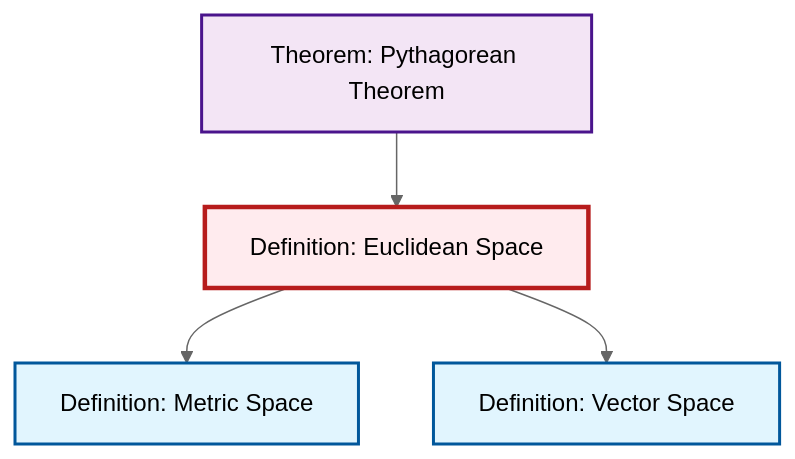
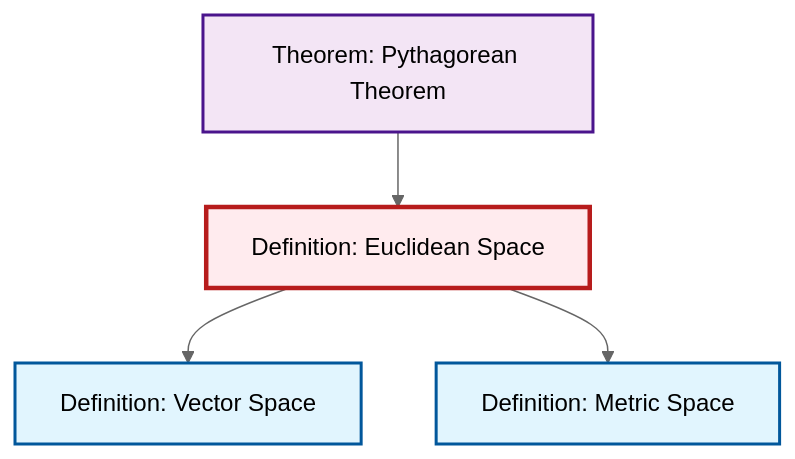
The second of 2 diagrams in content/ja/geometry/def-euclidean-space.qmd (RK0429/ModernMath), drawn with Mermaid (neutral theme) before and after one commit. The commit also changed other lines of this file and 531 other files, not shown here.

````diff
--- a/content/ja/geometry/def-euclidean-space.qmd
+++ b/content/ja/geometry/def-euclidean-space.qmd
@@ -68,20 +68,20 @@
 ```{mermaid}
 %%| fig-cap: "Local dependency graph"
 graph TD
     classDef definition fill:#e1f5fe,stroke:#01579b,stroke-width:2px
     classDef theorem fill:#f3e5f5,stroke:#4a148c,stroke-width:2px
     classDef axiom fill:#fff3e0,stroke:#e65100,stroke-width:2px
     classDef example fill:#e8f5e9,stroke:#1b5e20,stroke-width:2px
     classDef current fill:#ffebee,stroke:#b71c1c,stroke-width:3px
+    def-vector-space["Definition: Vector Space"]:::definition
+    def-metric-space["Definition: Metric Space"]:::definition
     def-euclidean-space["Definition: Euclidean Space"]:::definition
     thm-pythagorean["Theorem: Pythagorean Theorem"]:::theorem
-    def-metric-space["Definition: Metric Space"]:::definition
-    def-vector-space["Definition: Vector Space"]:::definition
+    def-euclidean-space --> def-vector-space
+    def-euclidean-space --> def-metric-space
     thm-pythagorean --> def-euclidean-space
-    def-euclidean-space --> def-metric-space
-    def-euclidean-space --> def-vector-space
     class def-euclidean-space current
+    click def-vector-space "def-vector-space.html" "Definition: Vector Spaceへ"
+    click def-metric-space "def-metric-space.html" "Definition: Metric Spaceへ"
     click thm-pythagorean "thm-pythagorean.html" "Theorem: Pythagorean Theoremへ"
-    click def-metric-space "def-metric-space.html" "Definition: Metric Spaceへ"
-    click def-vector-space "def-vector-space.html" "Definition: Vector Spaceへ"
 ```
````
